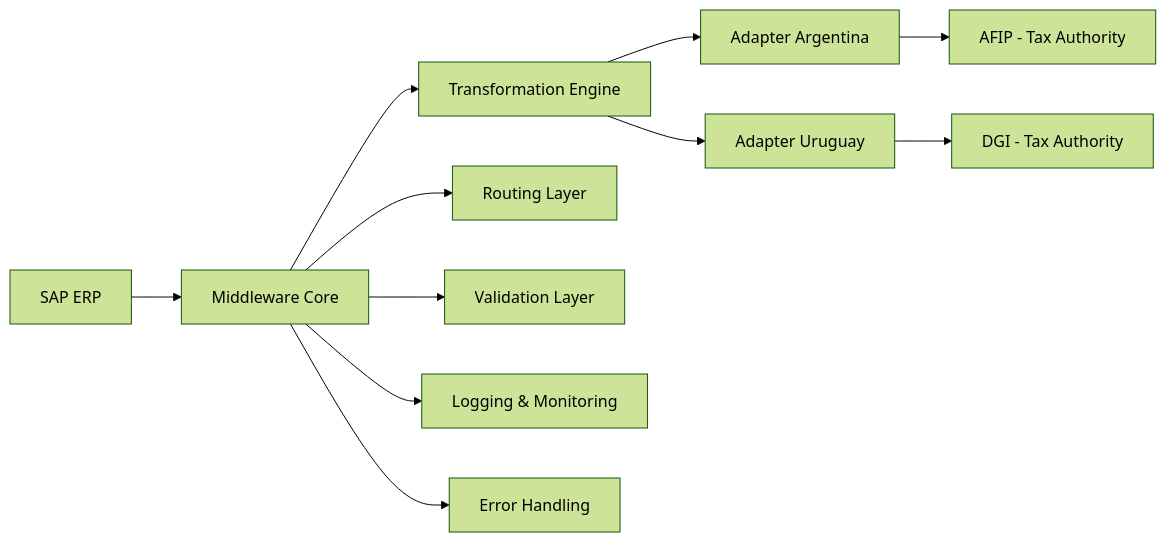
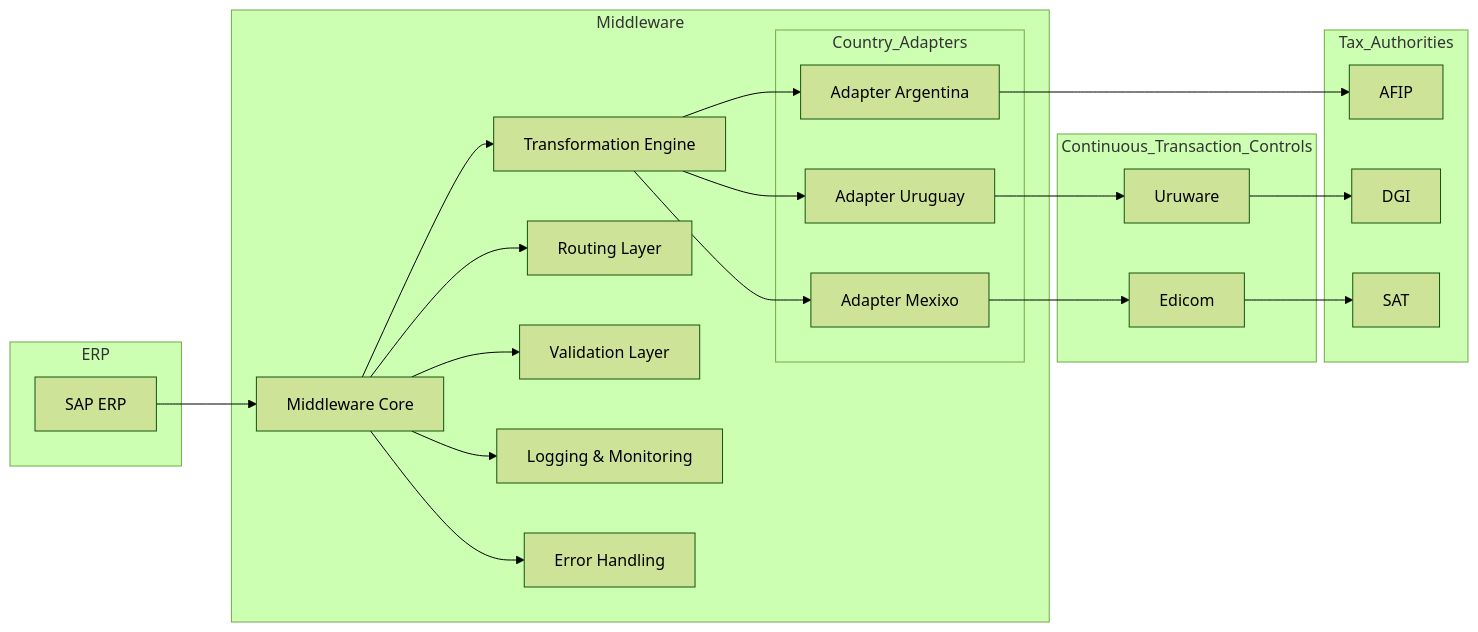
The diagram in README.md (escobardp/tax-middleware-architecture), drawn with Mermaid (forest theme) before and after one commit.

Commit message:
Enhance architecture diagram in README
Updated the architecture diagram to include additional components and relationships.

````diff
--- a/README.md
+++ b/README.md
@@ -35,17 +35,51 @@
 ```mermaid
 flowchart LR
-    SAP["SAP ERP"] --> MW["Middleware Core"]
 
-    MW --> TR["Transformation Engine"]
-    MW --> RT["Routing Layer"]
-    MW --> VL["Validation Layer"]
+    subgraph ERP
+        SAP["SAP ERP"]
+    end
 
-    TR --> AR["Adapter Argentina"]
-    TR --> UY["Adapter Uruguay"]
+    subgraph Middleware
+        MW["Middleware Core"]
+        TR["Transformation Engine"]
+        RT["Routing Layer"]
+        VL["Validation Layer"]
+        LOG["Logging & Monitoring"]
+        ERR["Error Handling"]
+    subgraph Country_Adapters
+        AR["Adapter Argentina"]
+        UY["Adapter Uruguay"]
+        MX["Adapter Mexixo"]
+    end
 
-    AR --> AFIP["AFIP - Tax Authority"]
-    UY --> DGI["DGI - Tax Authority"]
+    end
 
-    MW --> LOG["Logging & Monitoring"]
-    MW --> ERR["Error Handling"]
+    subgraph Tax_Authorities
+        AFIP["AFIP"]
+        DGI["DGI"]
+        SAT["SAT"]
+    end
+
+    subgraph Continuous_Transaction_Controls
+    URUWARE["Uruware"]
+    EDICOM["Edicom"]
+    end
+
+    SAP --> MW
+    MW --> TR
+    MW --> RT
+    MW --> VL
+
+    TR --> AR
+    TR --> UY
+    TR --> MX
+
+    AR --> AFIP
+    UY --> URUWARE
+    MX --> EDICOM
+
+    URUWARE --> DGI
+    EDICOM --> SAT
+    MW --> LOG
+    MW --> ERR
 ```
````
